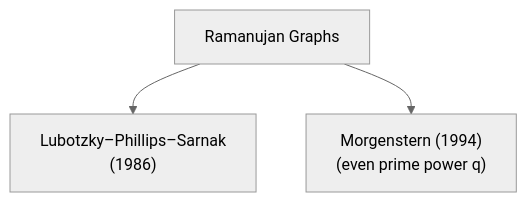
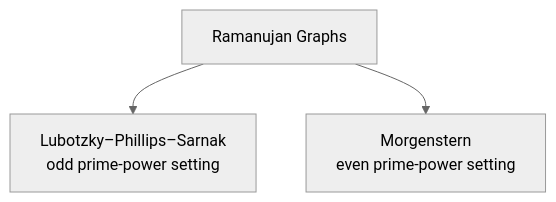
Before and after one commit to QuantumSavory/QuantumExpanders.jl: the second of 2 diagrams in docs/src/index.md, drawn with Mermaid (neutral theme). The commit also changed other lines of this file and 25 other files, not shown here.

````diff
--- a/docs/src/index.md
+++ b/docs/src/index.md
@@ -83,6 +250,7 @@
 ```mermaid
 flowchart TB
-    A["Ramanujan Graphs"]
-    A --> B["Lubotzky–Phillips–Sarnak <br>(1986)<br/>"]
-    A --> C["Morgenstern (1994)<br/>(even prime power q)"]
+    R["Ramanujan Graphs"]
+
+    R --> LPS["Lubotzky–Phillips–Sarnak<br/>odd prime-power setting"]
+    R --> Morgenstern["Morgenstern<br/>even prime-power setting"]
 ```
````
